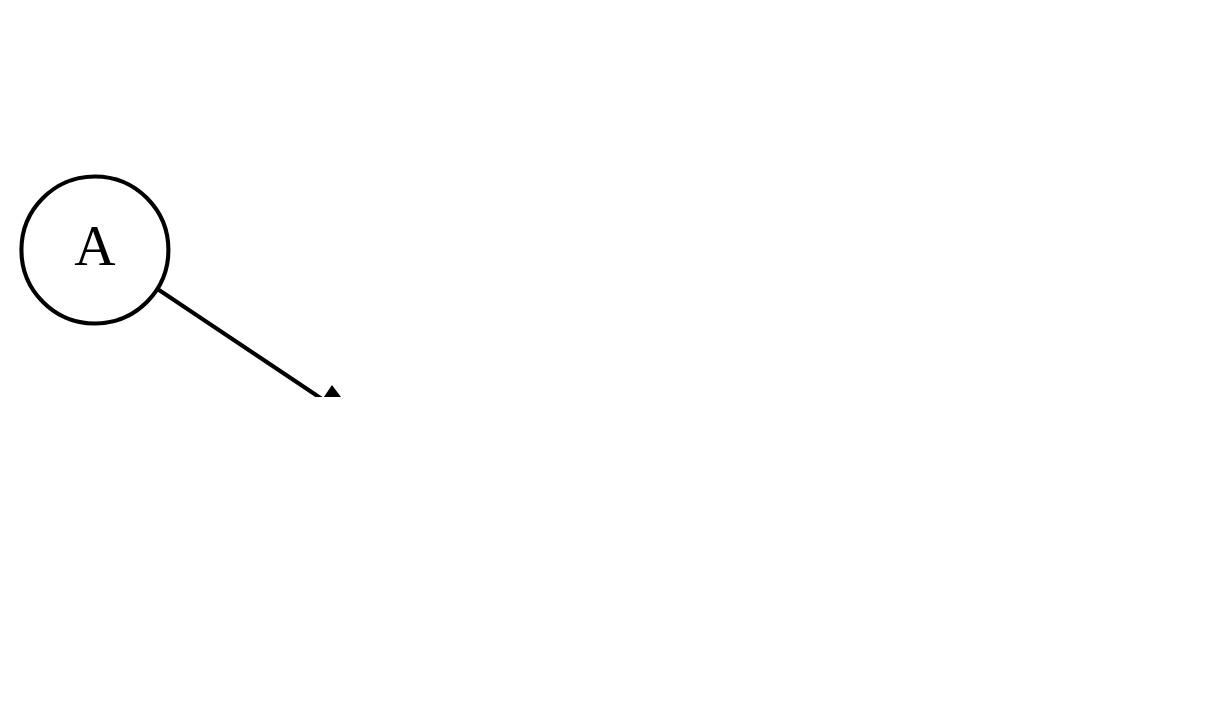
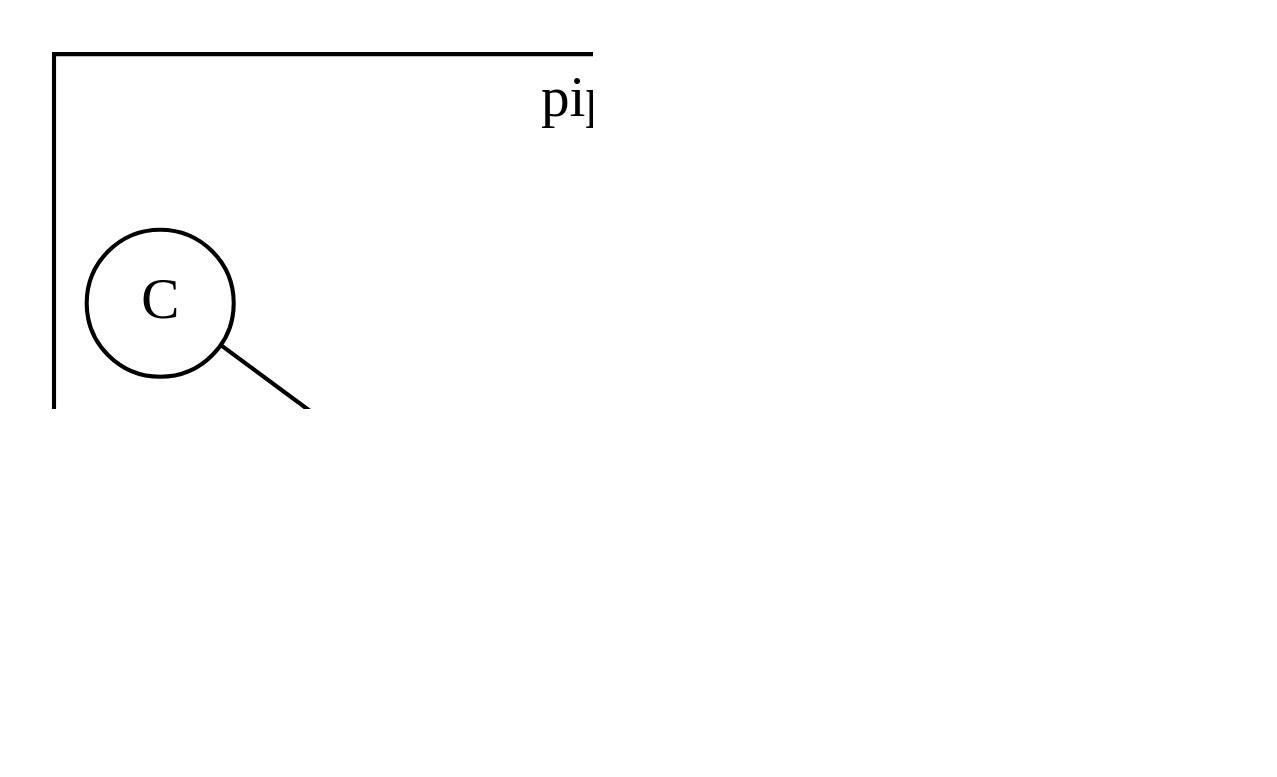
Before and after one commit to inponomarev/kstreams-testing-pitfalls: diagram 38 of 46 in slides/src/main/asciidoc/lecture.adoc, drawn with Graphviz. The commit also changed other lines of this file, not shown here.

Commit message:
pipeInput vs timestamp order

```diff
--- a/slides/src/main/asciidoc/lecture.adoc
+++ b/slides/src/main/asciidoc/lecture.adoc
@@ -1606,29 +1606,33 @@
 [graphviz,"timing1.png"]
 ----
 digraph G {
   rankdir="LR";
   graph [dpi = 180];
   node[shape="circle"];
+  subgraph cluster_0 {
+  label = "pipeInput order";
+
   A->X2->B[style=invis];
   A->B[style=invis];
   C->D[style=invis];
   C->X3->D[style=invis];
   
   A->J1;C->J1;
   B->J2;D->J2;
 
   {rank=same;A;X1;C}
   {rank=same;B;X4;D}
 
   A->X1->C[style=invis];
   B->X4->D[style=invis];
 
   J1[label="A+C";shape="oval"]
   J2[label="B+D";shape="oval"]
   /*invisible nodes for padding*/
   X1[style=invis;label="X"];
   X2[style=invis;label="X"];
   X3[style=invis;label="X"];
   X4[style=invis;label="X"];
+  }
 }
 ----
```
